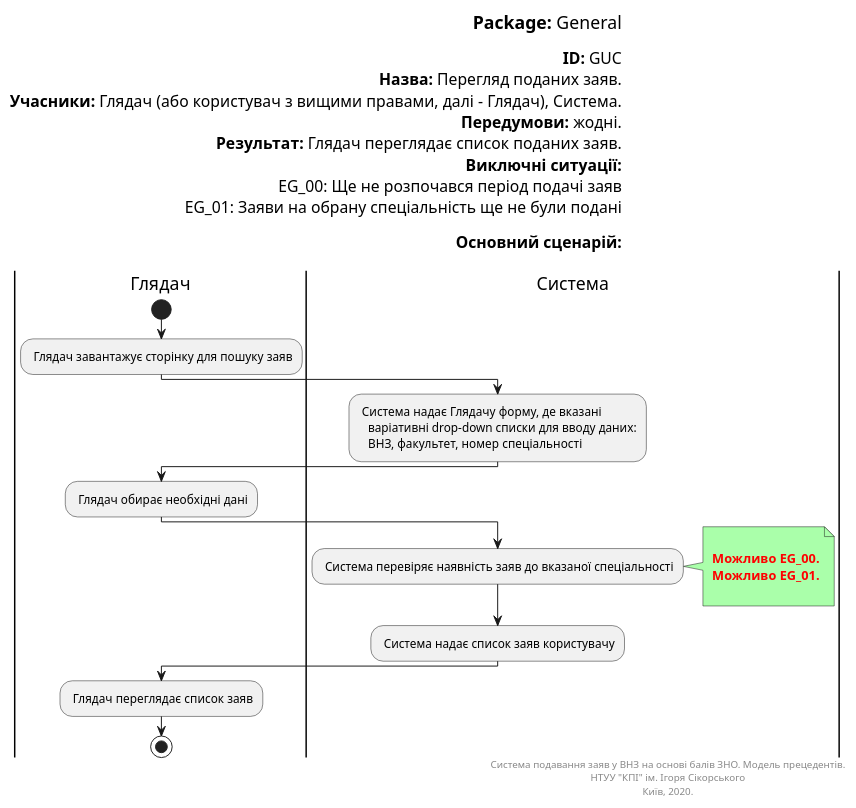
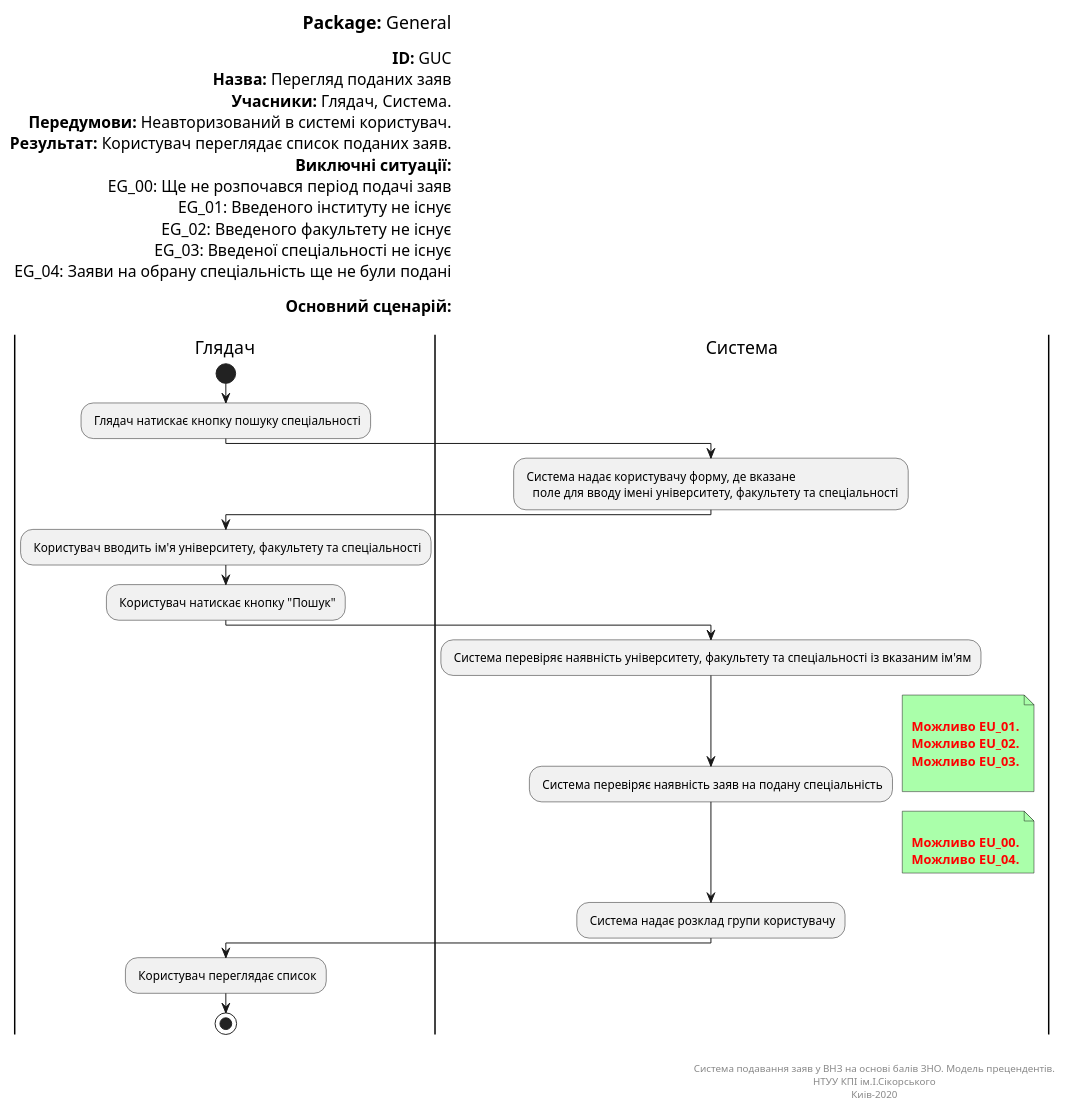
Before and after one commit to KPI-IP94-Database/TeamThreeProject: the diagram in docs/src/diagrams/scenarios/Viewer/viewing.puml, drawn with PlantUML. The commit also changed other lines of this file and 6 other files, not shown here.

```diff
--- a/docs/src/diagrams/scenarios/Viewer/viewing.puml
+++ b/docs/src/diagrams/scenarios/Viewer/viewing.puml
@@ -1,53 +2,68 @@
 @startuml
 left header
 <font color=000 size=18><b>Package:</b> General
 
 <font color=000 size=16><b>ID:</b> GUC
-<font color=000 size=16><b>Назва:</b> Перегляд поданих заяв.
-<font color=000 size=16><b>Учасники:</b> Глядач (або користувач з вищими правами, далі - Глядач), Система.
-<font color=000 size=16><b>Передумови:</b> жодні.
-<font color=000 size=16><b>Результат:</b> Глядач переглядає список поданих заяв.
+<font color=000 size=16><b>Назва:</b> Перегляд поданих заяв
+<font color=000 size=16><b>Учасники:</b> Глядач, Система.
+<font color=000 size=16><b>Передумови:</b> Неавторизований в системі користувач.
+<font color=000 size=16><b>Результат:</b> Користувач переглядає список поданих заяв.
 <font color=000 size=16><b>Виключні ситуації:</b>
 <font color=000 size=16> EG_00: Ще не розпочався період подачі заяв
-<font color=000 size=16> EG_01: Заяви на обрану спеціальність ще не були подані
+<font color=000 size=16> EG_01: Введеного інституту не існує
+<font color=000 size=16> EG_02: Введеного факультету не існує
+<font color=000 size=16> EG_03: Введеної спеціальності не існує
+<font color=000 size=16> EG_04: Заяви на обрану спеціальність ще не були подані
 
 <font color=000 size=16><b>Основний сценарій:</b>
 
 end header
 
 |Глядач|
 start
-: Глядач завантажує сторінку для пошуку заяв;
+: Глядач натискає кнопку пошуку спеціальності;
 
 |Система|
-: Система надає Глядачу форму, де вказані
-   варіативні drop-down списки для вводу даних:
-   ВНЗ, факультет, номер спеціальності;
+: Система надає користувачу форму, де вказане
+   поле для вводу імені університету, факультету та спеціальності;
 
 |Глядач|
-: Глядач обирає необхідні дані;
+: Користувач вводить ім'я університету, факультету та спеціальності;   
+
+: Користувач натискає кнопку "Пошук";
 
 |Система|
-: Система перевіряє наявність заяв до вказаної спеціальності;
+: Система перевіряє наявність університету, факультету та спеціальності із вказаним ім'ям;
+: Система перевіряє наявність заяв на подану спеціальність;
+
 note right #aaffaa
 
-<font color=red><b> Можливо EG_00.
-<font color=red><b> Можливо EG_01.
+<font color=red><b> Можливо EU_01.
+<font color=red><b> Можливо EU_02.
+<font color=red><b> Можливо EU_03.
 
 end note
 
-: Система надає список заяв користувачу;
+note right #aaffaa
+
+<font color=red><b> Можливо EU_00.
+<font color=red><b> Можливо EU_04.
+end note
+
+
+: Система надає розклад групи користувачу;
 
 |Глядач|
 
-: Глядач переглядає список заяв;
+: Користувач переглядає список;
 
 stop;
 
 right footer
-Система подавання заяв у ВНЗ на основі балів ЗНО. Модель прецедентів.
-НТУУ "КПІ" ім. Ігоря Сікорського
-Київ, 2020.
+
+
+Система подавання заяв у ВНЗ на основі балів ЗНО. Модель прецендентів.
+НТУУ КПІ ім.І.Сікорського
+Киів-2020
 end footer
-
 @enduml
```
